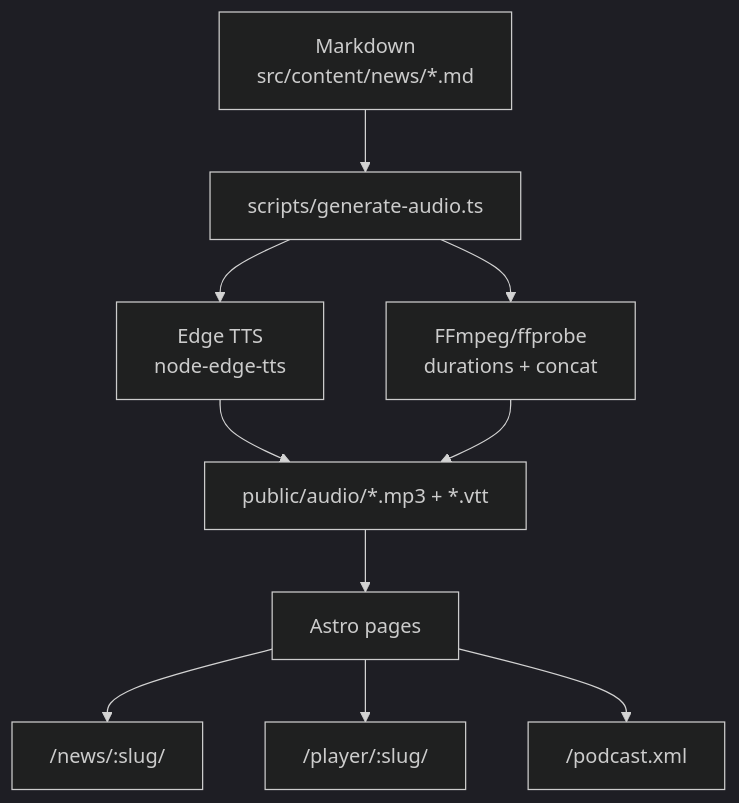
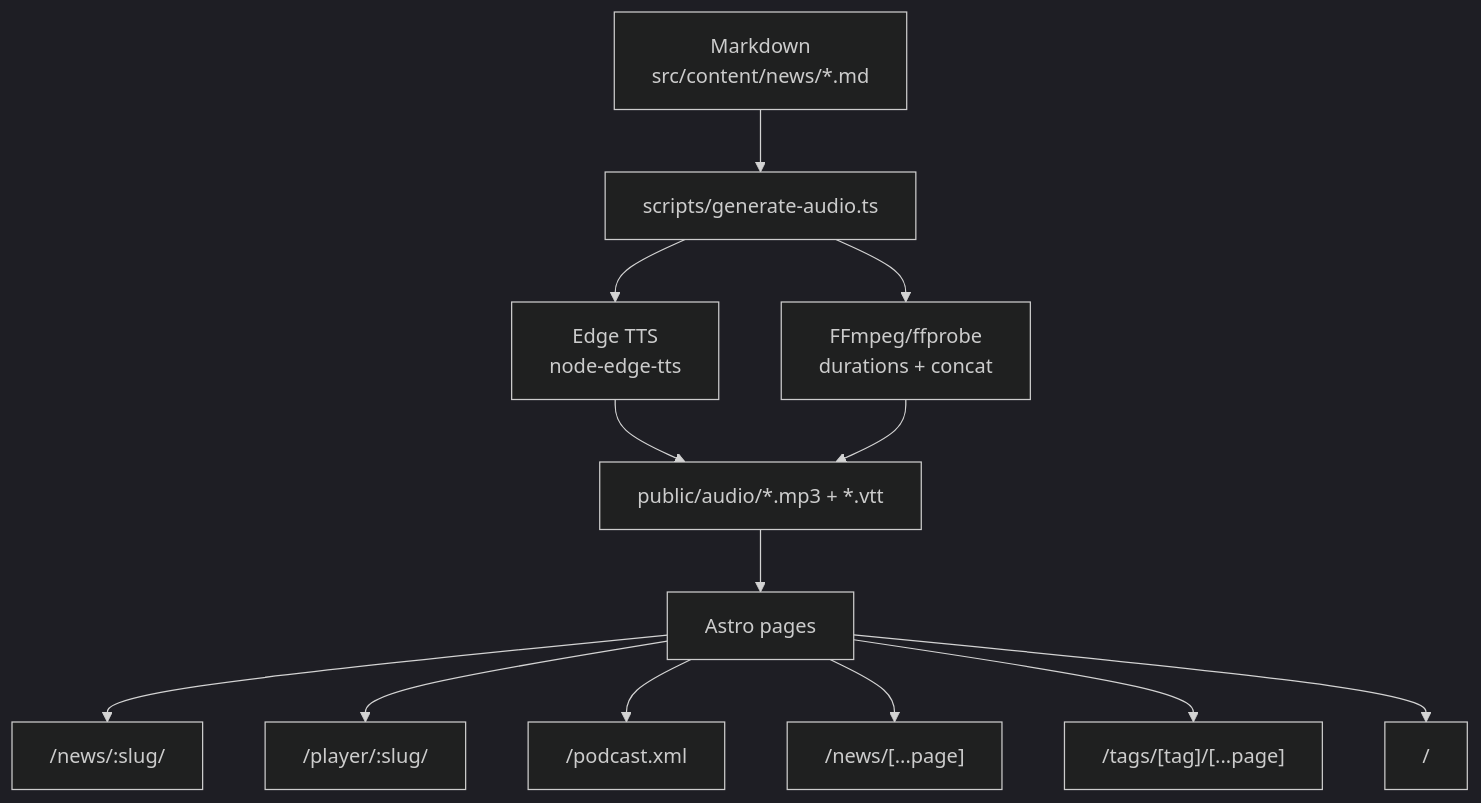
Before and after one commit to rgaidot/hnpaper-news: the first of 2 diagrams in README.md, drawn with Mermaid (dark theme). The commit also changed other lines of this file, not shown here.

Commit message:
docs(readme): update README.md (schema, tags, archives)

````diff
--- a/README.md
+++ b/README.md
@@ -57,12 +57,15 @@
 ```mermaid
 flowchart TD
   A[Markdown<br/>src/content/news/*.md] --> B[scripts/generate-audio.ts]
   B --> C[Edge TTS<br/>node-edge-tts]
   B --> D[FFmpeg/ffprobe<br/>durations + concat]
   C --> E[public/audio/*.mp3 + *.vtt]
   D --> E
   E --> F[Astro pages]
   F --> G["/news/:slug/"]
   F --> H["/player/:slug/"]
   F --> I["/podcast.xml"]
+  F --> J["/news/[...page]"]
+  F --> K["/tags/[tag]/[...page]"]
+  F --> L["/"]
 ```
````
